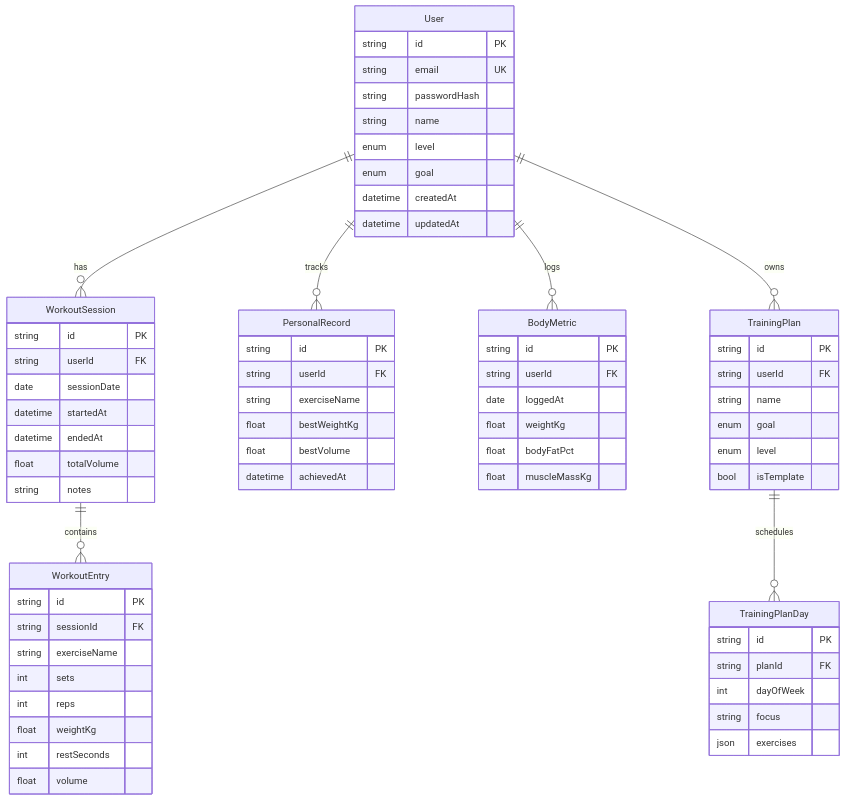
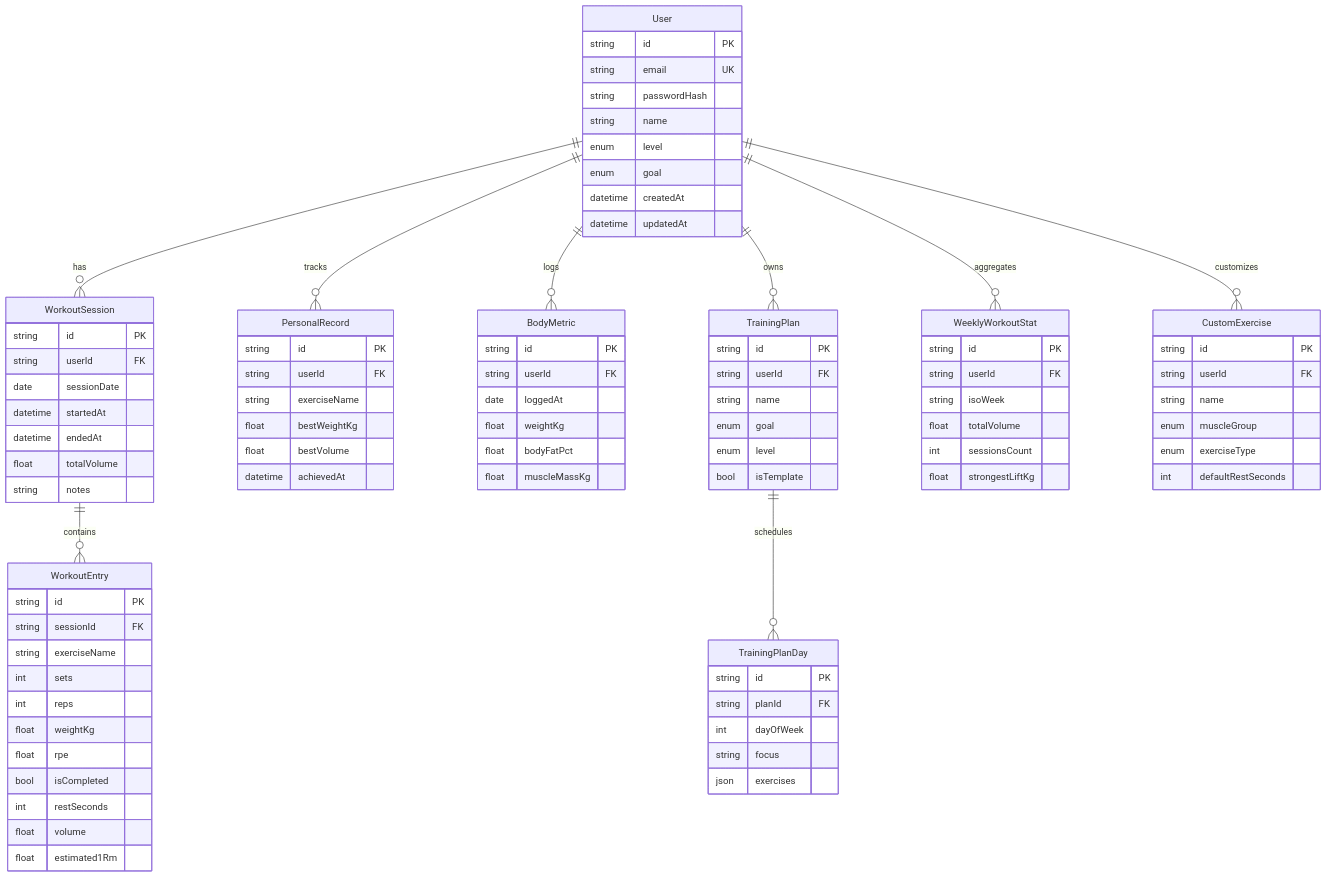
One commit to thisIsKhoa/gymHelper changed the diagram in docs/02-database-erd.md. Above: the diagram before and after it, drawn with Mermaid. The commit also changed other lines of this file and 33 other files, not shown here.

First line of the commit message:
feat: upgrade workout planning and tracking flow

````diff
--- a/docs/02-database-erd.md
+++ b/docs/02-database-erd.md
@@ -8,6 +8,8 @@
     User ||--o{ BodyMetric : logs
     User ||--o{ TrainingPlan : owns
     TrainingPlan ||--o{ TrainingPlanDay : schedules
+  User ||--o{ WeeklyWorkoutStat : aggregates
+  User ||--o{ CustomExercise : customizes
 
     User {
       string id PK
@@ -37,8 +39,11 @@
       int sets
       int reps
       float weightKg
+      float rpe
+      bool isCompleted
       int restSeconds
       float volume
+      float estimated1Rm
     }
 
     PersonalRecord {
@@ -75,4 +80,22 @@
       string focus
       json exercises
     }
+
+    WeeklyWorkoutStat {
+      string id PK
+      string userId FK
+      string isoWeek
+      float totalVolume
+      int sessionsCount
+      float strongestLiftKg
+    }
+
+    CustomExercise {
+      string id PK
+      string userId FK
+      string name
+      enum muscleGroup
+      enum exerciseType
+      int defaultRestSeconds
+    }
 ```
````
